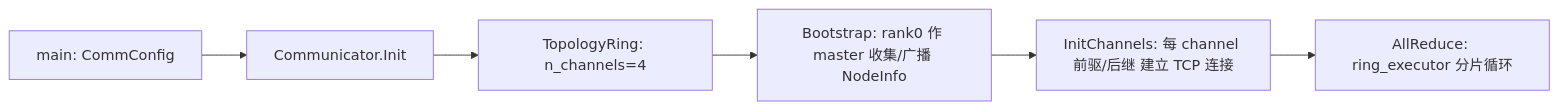
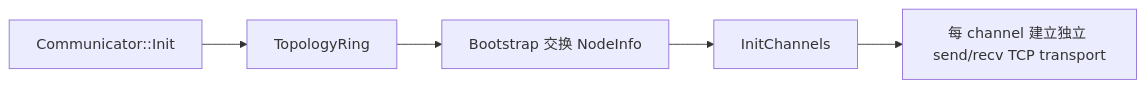
Before and after one commit to qichen1336/OriginCCL: the second of 2 diagrams in .github/skills/originccl-project/SKILL.md, drawn with Mermaid. The commit also changed other lines of this file and 14 other files, not shown here.

````diff
--- a/.github/skills/originccl-project/SKILL.md
+++ b/.github/skills/originccl-project/SKILL.md
@@ -14,8 +36,7 @@
 ```mermaid
 flowchart LR
-    A[main: CommConfig] --> B[Communicator.Init]
-    B --> C[TopologyRing: n_channels=4]
-    C --> D[Bootstrap: rank0 作 master 收集/广播 NodeInfo]
-    D --> E[InitChannels: 每 channel 前驱/后继 建立 TCP 连接]
-    E --> F[AllReduce: ring_executor 分片循环]
+    A[Communicator::Init] --> B[TopologyRing]
+    B --> C[Bootstrap 交换 NodeInfo]
+    C --> D[InitChannels]
+    D --> E[每 channel 建立独立 send/recv TCP transport]
 ```
````
